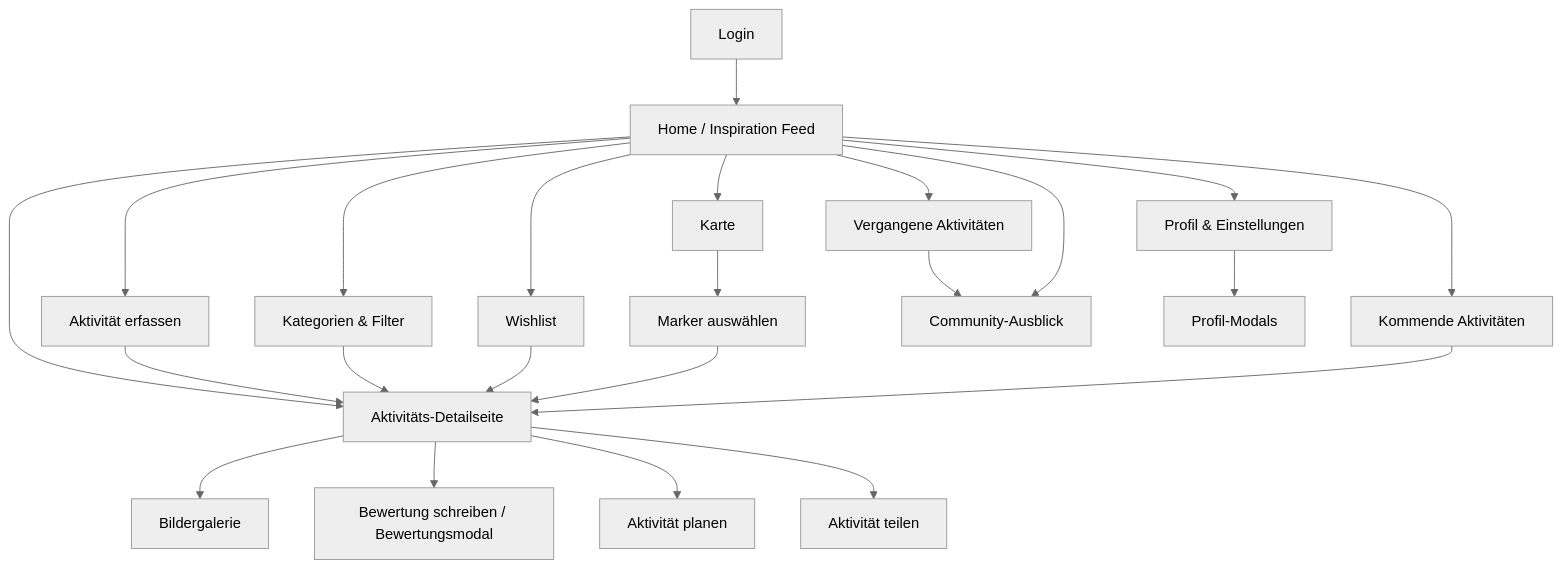
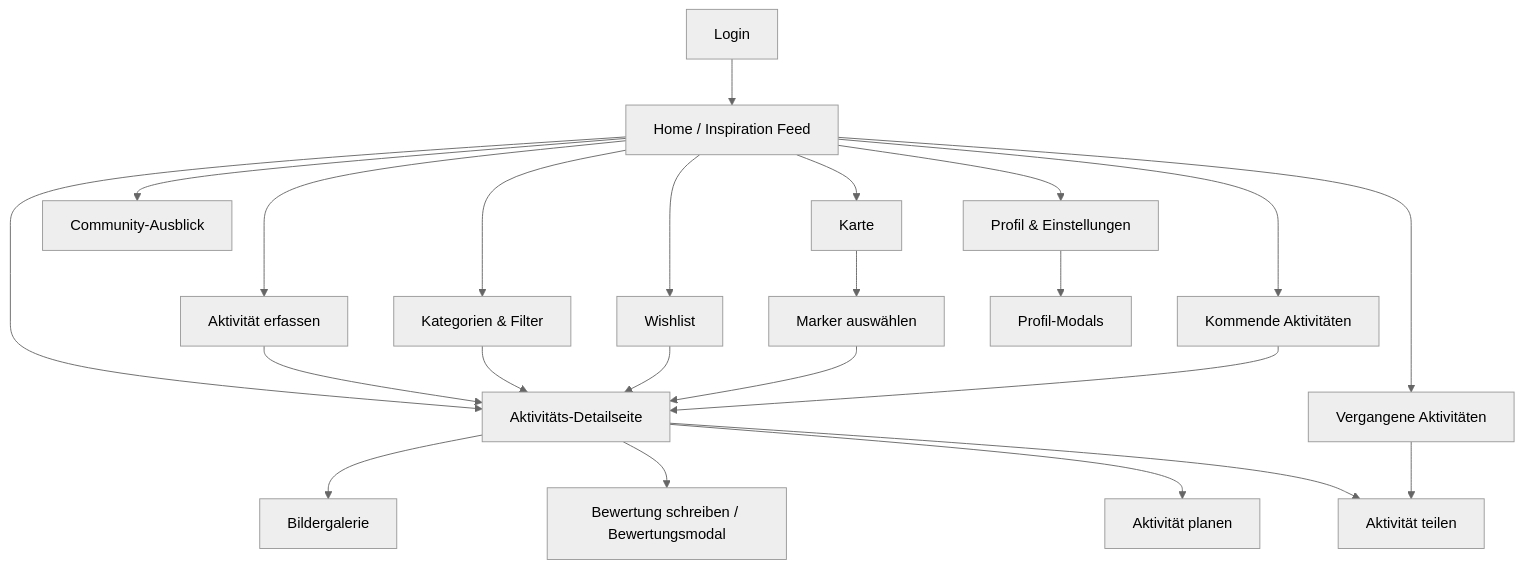
The second of 3 diagrams in README.md (schjan06/Projekt_DatePlanner), drawn with Mermaid (neutral theme) before and after one commit. The commit also changed other lines of this file and 4 other files, not shown here.

````diff
--- a/README.md
+++ b/README.md
@@ -263,43 +264,43 @@
 ```mermaid
 flowchart TD
     Login["Login"]
     Home["Home / Inspiration Feed"]
     NewActivity["Aktivität erfassen"]
     Detail["Aktivitäts-Detailseite"]
     Gallery["Bildergalerie"]
     Review["Bewertung schreiben / Bewertungsmodal"]
     Plan["Aktivität planen"]
     Share["Aktivität teilen"]
     Categories["Kategorien & Filter"]
     Wishlist["Wishlist"]
     Map["Karte"]
     Marker["Marker auswählen"]
     Upcoming["Kommende Aktivitäten"]
     History["Vergangene Aktivitäten"]
     Community["Community-Ausblick"]
     Profile["Profil & Einstellungen"]
     ProfileModals["Profil-Modals"]
 
     Login --> Home
     Home --> Detail
     Home --> NewActivity
     NewActivity --> Detail
     Detail --> Gallery
     Detail --> Review
     Detail --> Plan
     Detail --> Share
     Home --> Categories
     Categories --> Detail
     Home --> Wishlist
     Wishlist --> Detail
     Home --> Map
     Map --> Marker
     Marker --> Detail
     Home --> Upcoming
     Upcoming --> Detail
     Home --> History
-    History --> Community
+    History --> Share
     Home --> Community
     Home --> Profile
     Profile --> ProfileModals
 ```
````
